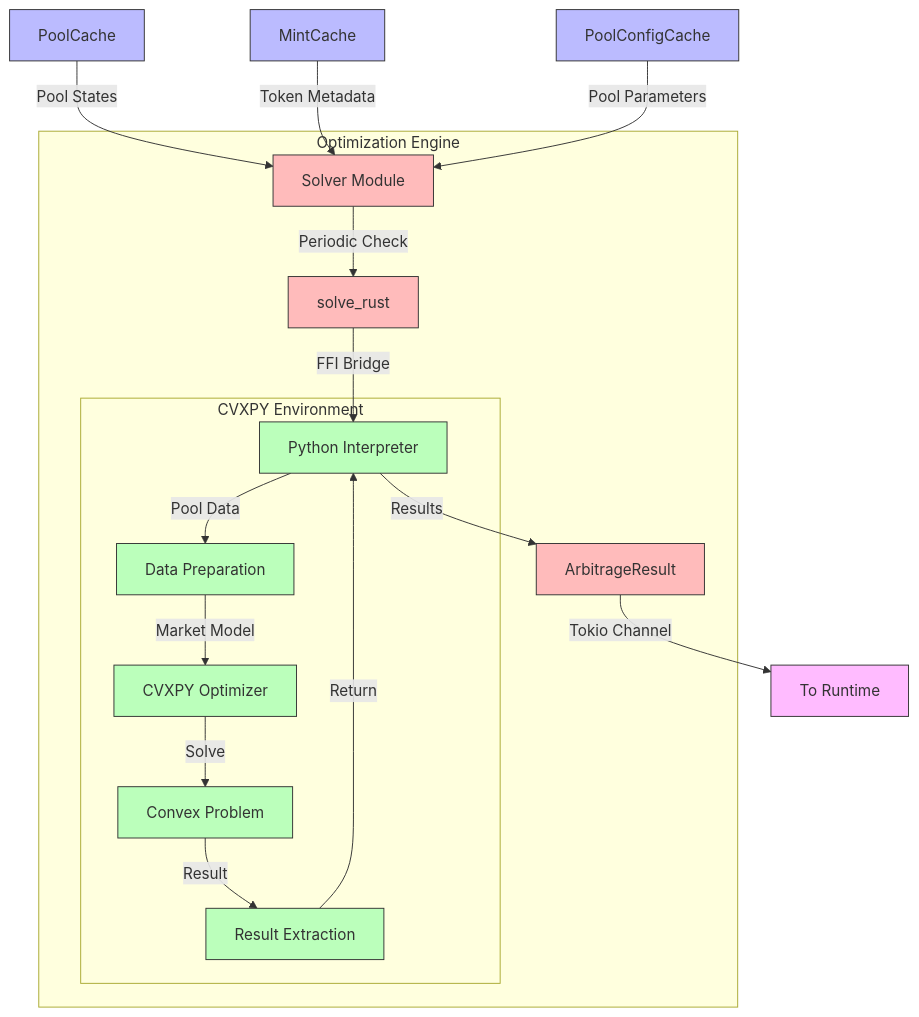
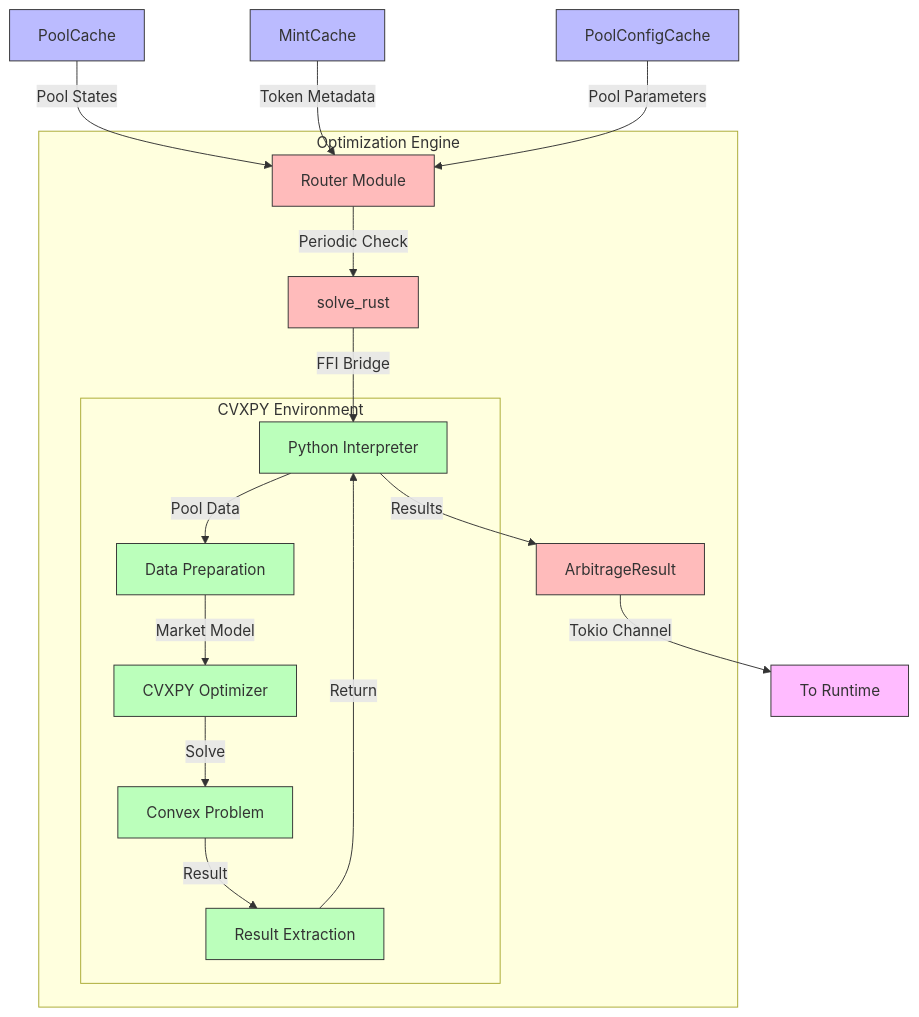
Before and after one commit to 808putnam/qtrade2: the diagram in docs/optimization_engine.md, drawn with Mermaid. The commit also changed other lines of this file and 302 other files, not shown here.

````diff
--- a/docs/optimization_engine.md
+++ b/docs/optimization_engine.md
@@ -9,37 +9,37 @@
 ```mermaid
 flowchart TD
     %% Input Sources
-    PC[PoolCache] --> |Pool States| SLV[Solver Module]
+    PC[PoolCache] --> |Pool States| SLV[Router Module]
     MintC[MintCache] --> |Token Metadata| SLV
     PoolCC[PoolConfigCache] --> |Pool Parameters| SLV
 
-    %% Solver Components
+    %% Router Components
     subgraph Optimization[Optimization Engine]
         SLV --> |Periodic Check| SR[solve_rust]
         SR --> |FFI Bridge| PY3[Python Interpreter]
 
         subgraph Python[CVXPY Environment]
             PY3 --> |Pool Data| PREP[Data Preparation]
             PREP --> |Market Model| OPT[CVXPY Optimizer]
             OPT --> |Solve| PROB[Convex Problem]
             PROB --> |Result| EXTRACT[Result Extraction]
             EXTRACT --> |Return| PY3
         end
 
         PY3 --> |Results| AR[ArbitrageResult]
     end
 
     %% Output Flow
     AR --> |Tokio Channel| TC[To Runtime]
 
     %% Metadata
     classDef inputs fill:#bbf,stroke:#333
     classDef rust fill:#fbb,stroke:#333
     classDef python fill:#bfb,stroke:#333
     classDef output fill:#fbf,stroke:#333
 
     class PC,MintC,PoolCC inputs
     class SLV,SR,AR rust
     class PY3,PREP,OPT,PROB,EXTRACT python
     class TC output
 ```
````
